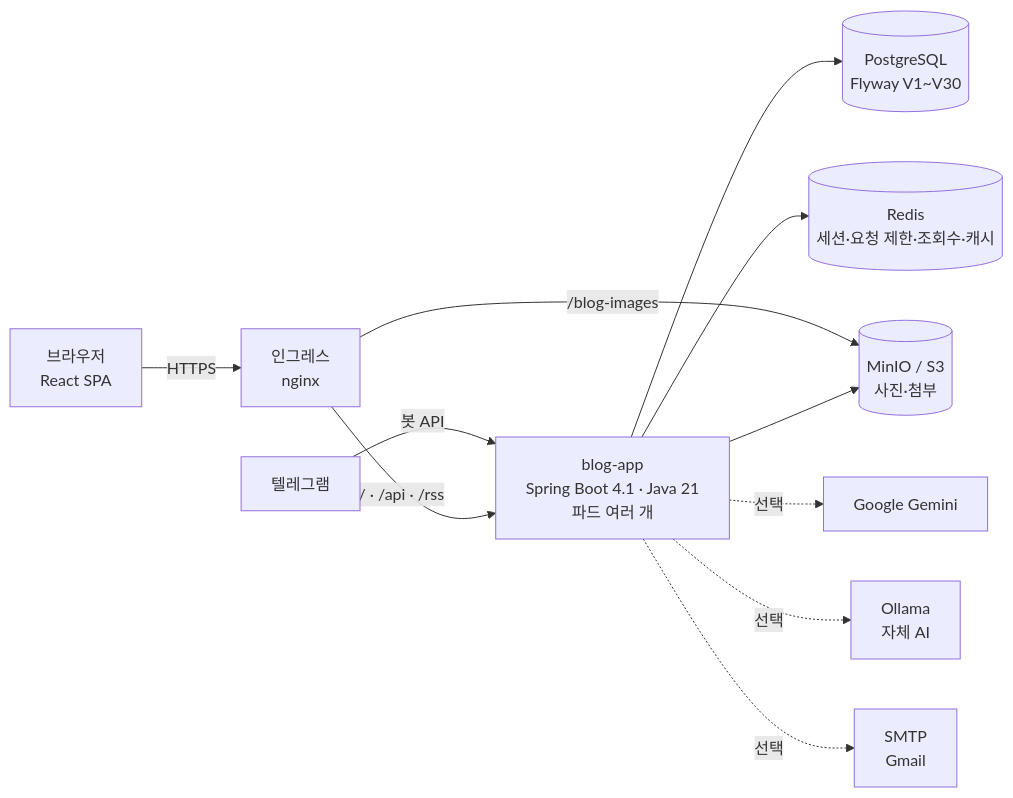
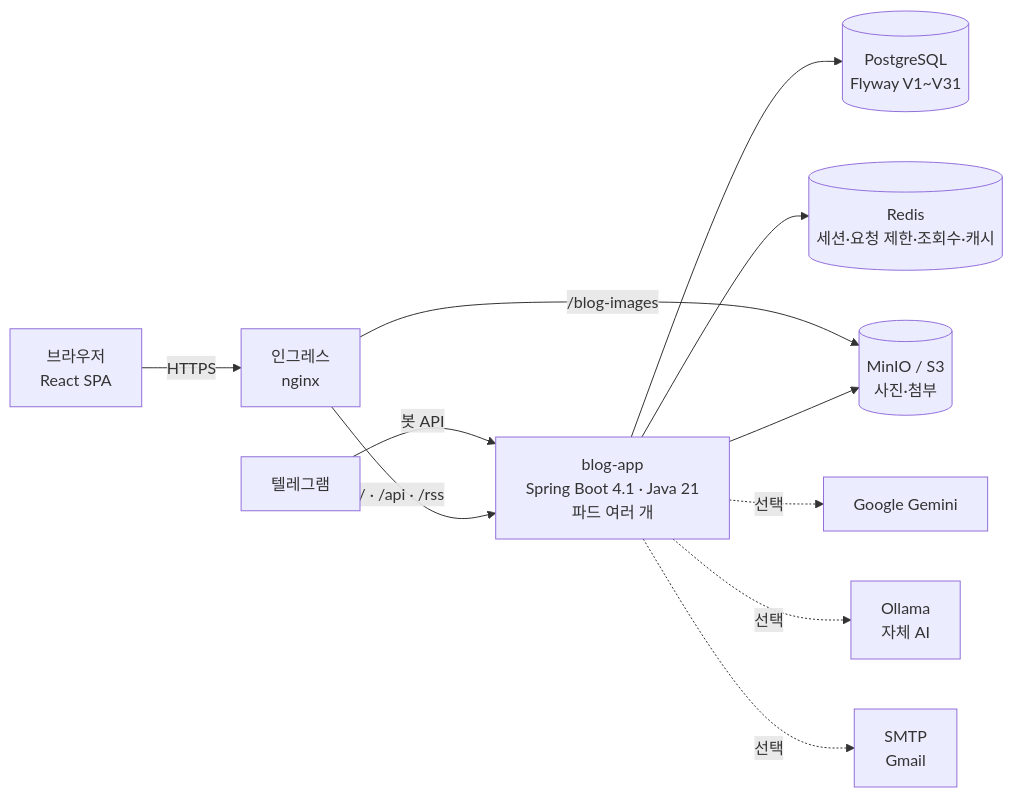
The first of 3 diagrams in profile/README.md (AIGJ-01-002-blog/.github), drawn with Mermaid before and after one commit. The commit also changed other lines of this file, not shown here.

````diff
--- a/profile/README.md
+++ b/profile/README.md
@@ -149,13 +149,13 @@
 ```mermaid
 flowchart LR
     B[브라우저<br/>React SPA] -->|HTTPS| I[인그레스<br/>nginx]
     T[텔레그램] -->|봇 API| A
     I -->|/ · /api · /rss| A[blog-app<br/>Spring Boot 4.1 · Java 21<br/>파드 여러 개]
     I -->|/blog-images| M[(MinIO / S3<br/>사진·첨부)]
-    A --> P[(PostgreSQL<br/>Flyway V1~V30)]
+    A --> P[(PostgreSQL<br/>Flyway V1~V31)]
     A --> R[(Redis<br/>세션·요청 제한·조회수·캐시)]
     A --> M
     A -.선택.-> G[Google Gemini]
     A -.선택.-> O[Ollama<br/>자체 AI]
     A -.선택.-> S[SMTP<br/>Gmail]
 ```
````
